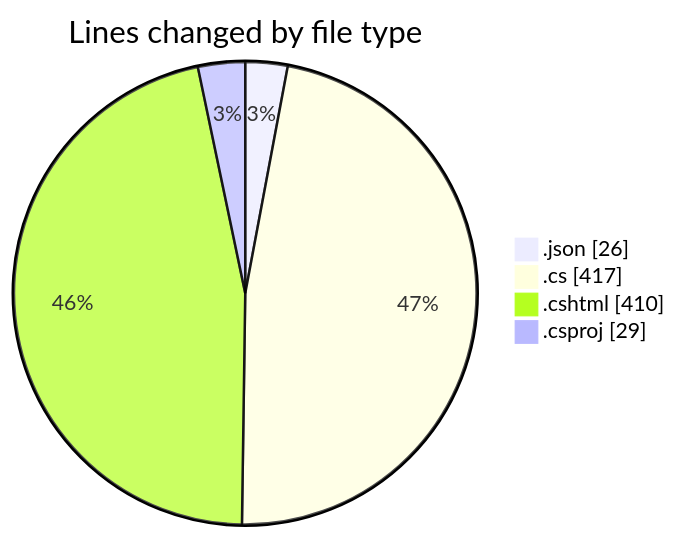
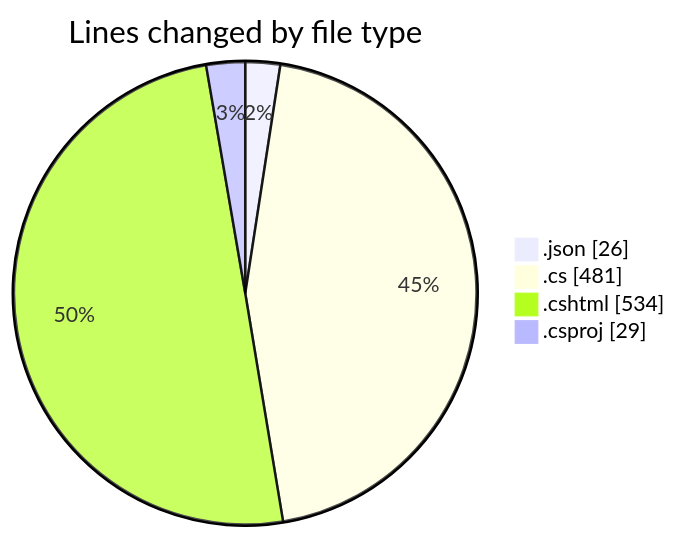
Before and after one commit to lephambinh05/code-tracking: the first of 2 diagrams in 2025-07-19/nhahang/README.md, drawn with Mermaid. The commit also changed other lines of this file and 1 other file, not shown here.

````diff
--- a/2025-07-19/nhahang/README.md
+++ b/2025-07-19/nhahang/README.md
@@ -33,8 +35,8 @@
 ```mermaid
 pie showData
 title Lines changed by file type
 ".json" : 26
-".cs" : 417
-".cshtml" : 410
+".cs" : 481
+".cshtml" : 534
 ".csproj" : 29
 ```
````
